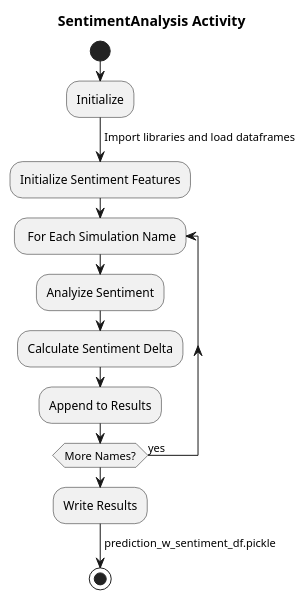
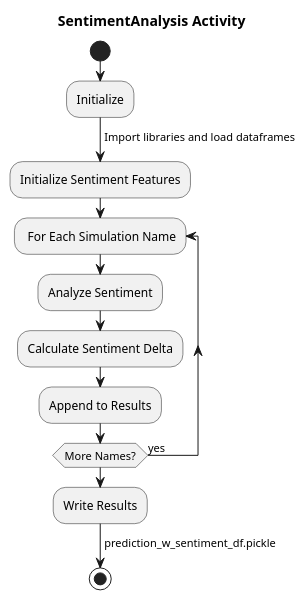
Before and after one commit to benjobean123/Thesis: the diagram in Code/diagrams/SentimentAnalysisActivity.wsd, drawn with PlantUML. The commit also changed 7 other files, not shown here.

Commit message:
corrected typos in diagrams

```diff
--- a/Code/diagrams/SentimentAnalysisActivity.wsd
+++ b/Code/diagrams/SentimentAnalysisActivity.wsd
@@ -1,28 +1,28 @@
 @startuml SentimentAnalysis Activity
 
 title SentimentAnalysis Activity
 start
 :Initialize;
 -> Import libraries and load dataframes;
 
 :Initialize Sentiment Features;
 ->;
 
 repeat: For Each Simulation Name;
 
-    :Analyize Sentiment;
+    :Analyze Sentiment;
     ->;
 
     :Calculate Sentiment Delta;
     ->;
     
     :Append to Results;
     ->;
 
 repeat while (More Names?) is (yes)
 
 :Write Results;
 ->prediction_w_sentiment_df.pickle;
 
 stop
 @enduml
```
